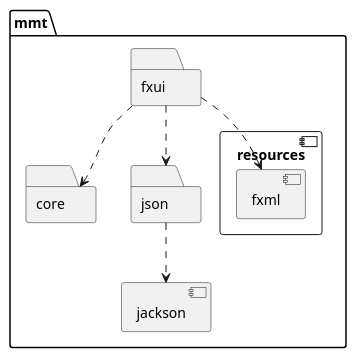
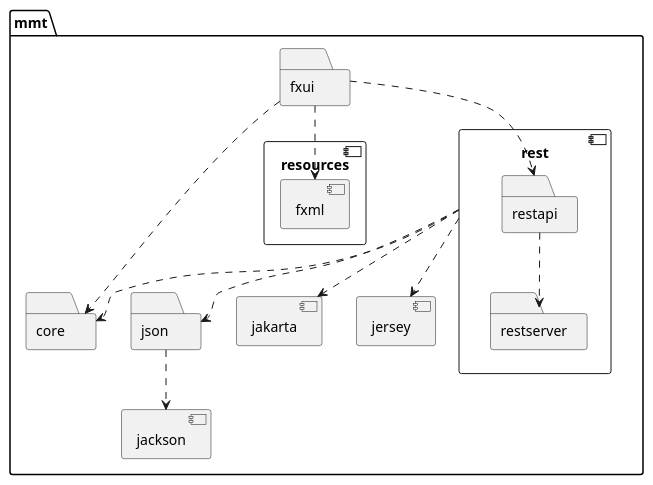
The diagram in mmt/diagrams/package-diagram.puml (AndreasMarken/IT1901), drawn with PlantUML before and after one commit. The commit also changed 1 other file, not shown here.

Commit message:
Issue: #55. Written the puml file for the package diagram.

```diff
--- a/mmt/diagrams/package-diagram.puml
+++ b/mmt/diagrams/package-diagram.puml
@@ -1,41 +1,59 @@
 @startuml "package-diagram"
 
 package "mmt" {
   component "core" { 
     folder "mmt.core" {  
     }
     folder "mmt.json" {  
     }
   }
 
   component "fxui" { 
     folder "mmt.fxui" {  
     }
   }
 
   component "resources"{
     component "fxml"{ 
   }
   }
 
   component "jackson"{
     
   }
 
    component "core" { 
     folder "mmt.core" {  
     }
     folder "mmt.json" {  
     }
   }
+
+  component "rest"{
+      folder "restapi"{
+      }
+      folder "restserver"{
+      }
+  }
+
+  component "jakarta"{
+    
+  }
+
+  component "jersey"{
+    
+  }
   
 }
 
-
-mmt.fxui ..> mmt.json
+restapi ..> restserver
+mmt.fxui ..> restapi
 mmt.fxui ..> mmt.core
 mmt.fxui ..> fxml
 mmt.json ..> jackson
-
+rest ..> mmt.core
+rest ..> mmt.json
+rest ..> jersey
+rest ..> jakarta
 
 @enduml
```
